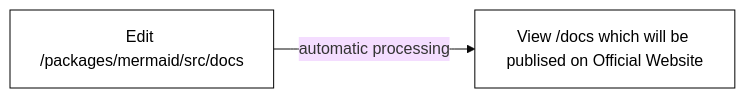
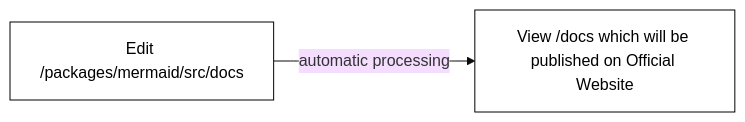
Before and after one commit to mermaid-js/mermaid: the fifth of 5 diagrams in docs/community/contributing.md, drawn with Mermaid (base theme). The commit also changed other lines of this file and 95 other files, not shown here.

````diff
--- a/docs/community/contributing.md
+++ b/docs/community/contributing.md
@@ -407,6 +407,6 @@
 ```mermaid
 flowchart LR
   classDef default fill:#fff,color:black,stroke:black
 
-  source["Edit /packages/mermaid/src/docs"] -- automatic processing--> published["View /docs which will be publised on Official Website"]
+  source["Edit /packages/mermaid/src/docs"] -- automatic processing--> published["View /docs which will be published on Official Website"]
 ```
````
